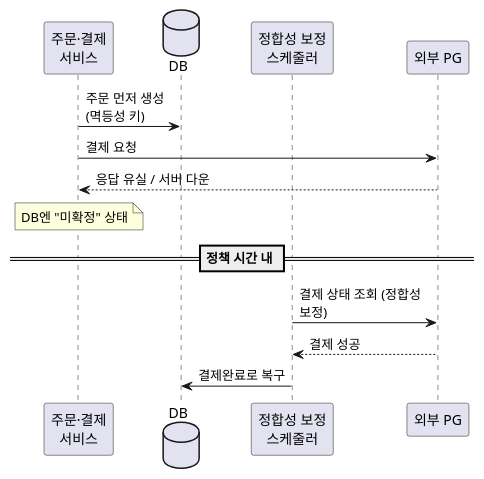
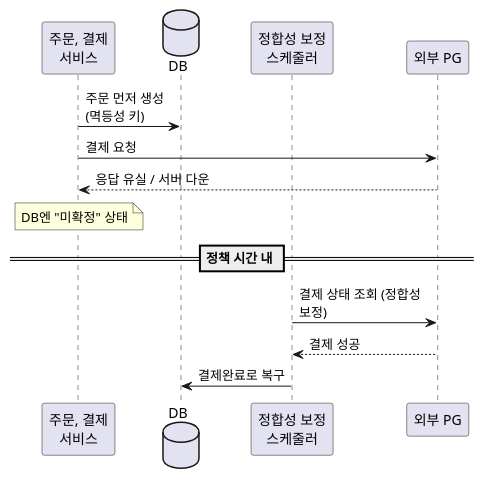
Before and after one commit to johnycho/johny-dev: the second of 2 diagrams in blog/2026-10-21-payment-order-consistency-failure-design.mdx, drawn with PlantUML. The commit also changed other lines of this file and 188 other files, not shown here.

````diff
--- a/blog/2026-10-21-payment-order-consistency-failure-design.mdx
+++ b/blog/2026-10-21-payment-order-consistency-failure-design.mdx
@@ -84,19 +84,19 @@
 ```plantuml
 @startuml
 skinparam defaultFontName sans-serif
 skinparam shadowing false
 skinparam maxMessageSize 150
-participant "주문·결제\n서비스" as s
+participant "주문, 결제\n서비스" as s
 database DB
 participant "정합성 보정\n스케줄러" as r
 participant "외부 PG" as pg
 s -> DB : 주문 먼저 생성\n(멱등성 키)
 s -> pg : 결제 요청
 pg --> s : 응답 유실 / 서버 다운
 note over s : DB엔 "미확정" 상태
 == 정책 시간 내 ==
 r -> pg : 결제 상태 조회 (정합성 보정)
 pg --> r : 결제 성공
 r -> DB : 결제완료로 복구
 @enduml
 ```
````
